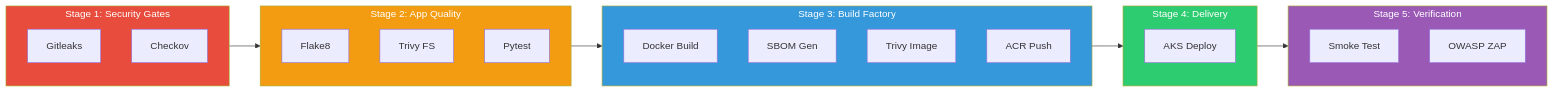
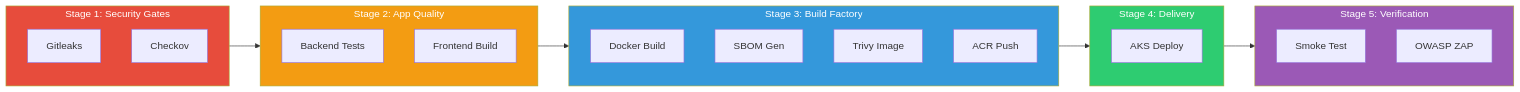
Before and after one commit to Shrinet82/zero-trust-devsecops: the first of 2 diagrams in README.md, drawn with Mermaid. The commit also changed other lines of this file, not shown here.

````diff
--- a/README.md
+++ b/README.md
@@ -33,37 +94,36 @@
 ```mermaid
 flowchart LR
     subgraph S1["Stage 1: Security Gates"]
         S1A[Gitleaks]
         S1B[Checkov]
     end
 
     subgraph S2["Stage 2: App Quality"]
-        S2A[Flake8]
-        S2B[Trivy FS]
-        S2C[Pytest]
+        S2A[Backend Tests]
+        S2B[Frontend Build]
     end
 
     subgraph S3["Stage 3: Build Factory"]
         S3A[Docker Build]
         S3B[SBOM Gen]
         S3C[Trivy Image]
         S3D[ACR Push]
     end
 
     subgraph S4["Stage 4: Delivery"]
         S4A[AKS Deploy]
     end
 
     subgraph S5["Stage 5: Verification"]
         S5A[Smoke Test]
         S5B[OWASP ZAP]
     end
 
     S1 --> S2 --> S3 --> S4 --> S5
 
     style S1 fill:#e74c3c,color:#fff
     style S2 fill:#f39c12,color:#fff
     style S3 fill:#3498db,color:#fff
     style S4 fill:#2ecc71,color:#fff
     style S5 fill:#9b59b6,color:#fff
 ```
````
